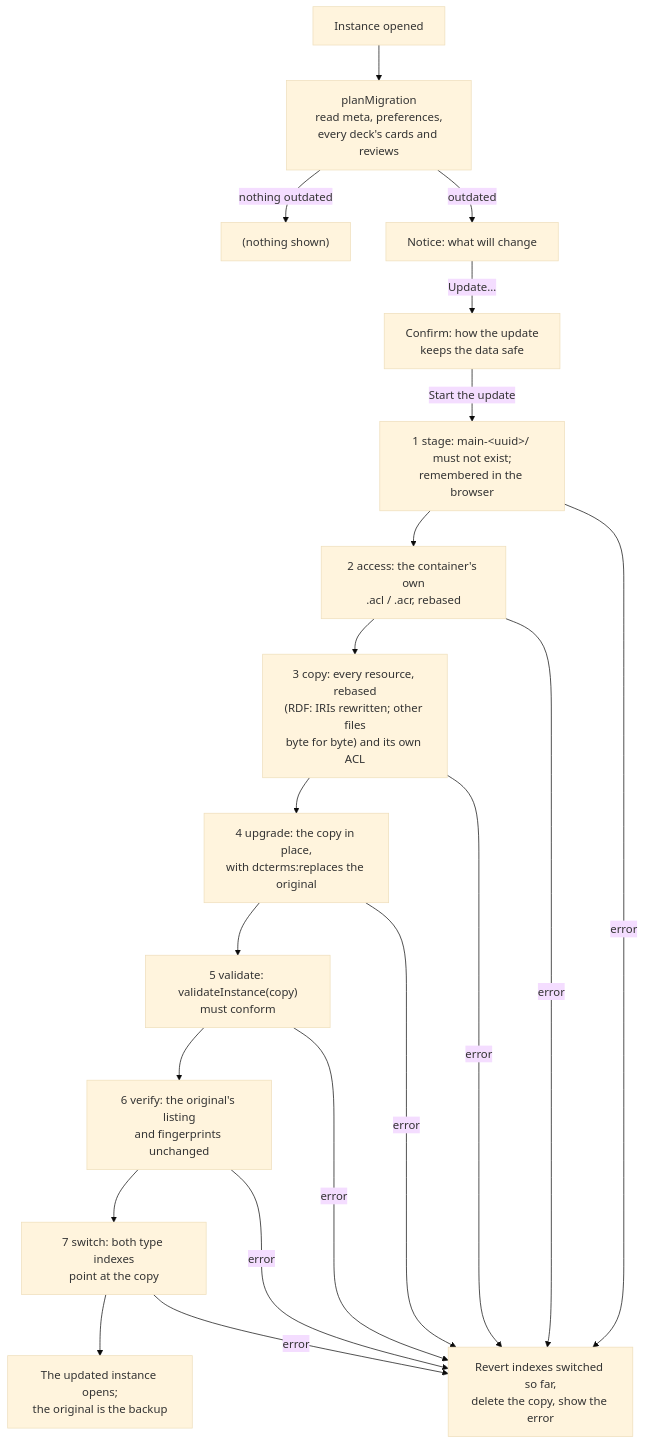
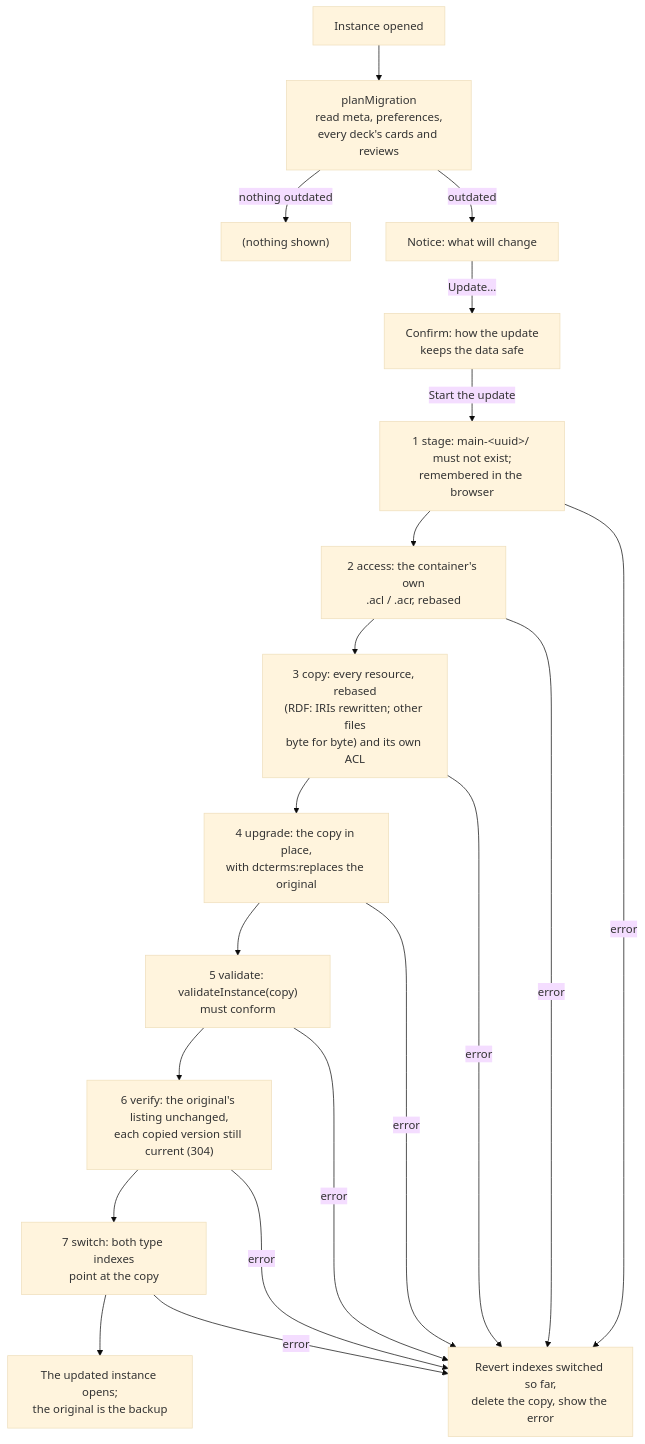
The second of 2 diagrams in docs/migrations.md (antwika/solid-memo), drawn with Mermaid (base theme) before and after one commit. The commit also changed other lines of this file and 20 other files, not shown here.

````diff
--- a/docs/migrations.md
+++ b/docs/migrations.md
@@ -68,16 +68,16 @@
 ```mermaid
 flowchart TD
     open["Instance opened"] --> plan["planMigration<br/>read meta, preferences,<br/>every deck's cards and reviews"]
     plan -->|nothing outdated| quiet["(nothing shown)"]
     plan -->|outdated| notice["Notice: what will change"]
     notice -->|Update…| confirm["Confirm: how the update<br/>keeps the data safe"]
     confirm -->|Start the update| stage["1 stage: main-&lt;uuid&gt;/ must not exist;<br/>remembered in the browser"]
     stage --> access["2 access: the container's own<br/>.acl / .acr, rebased"]
     access --> copy["3 copy: every resource, rebased<br/>(RDF: IRIs rewritten; other files<br/>byte for byte) and its own ACL"]
     copy --> upgrade["4 upgrade: the copy in place,<br/>with dcterms:replaces the original"]
     upgrade --> validate["5 validate: validateInstance(copy)<br/>must conform"]
-    validate --> verify["6 verify: the original's listing<br/>and fingerprints unchanged"]
+    validate --> verify["6 verify: the original's listing unchanged,<br/>each copied version still current (304)"]
     verify --> switch["7 switch: both type indexes<br/>point at the copy"]
     switch --> done["The updated instance opens;<br/>the original is the backup"]
     stage & access & copy & upgrade & validate & verify & switch -->|error| undo["Revert indexes switched so far,<br/>delete the copy, show the error"]
 ```
````
